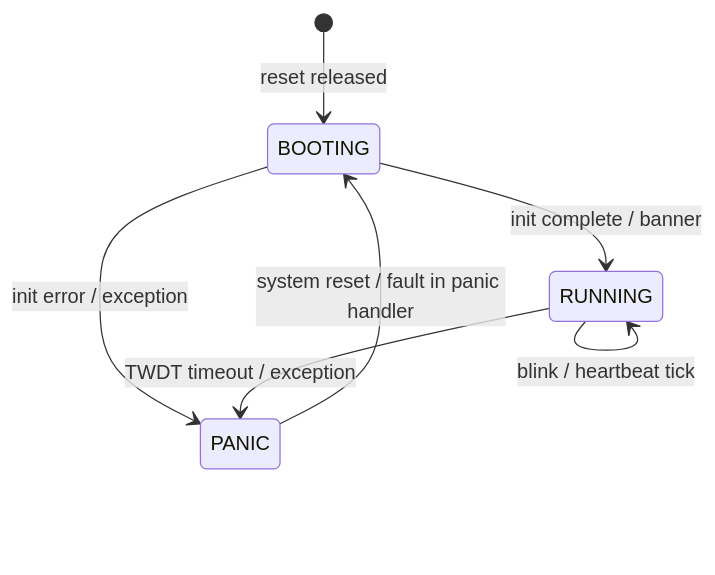
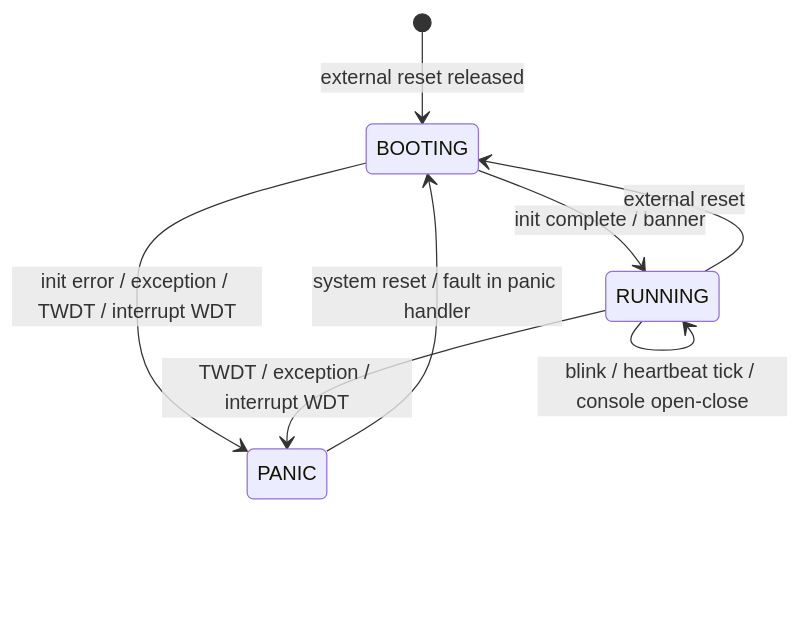
The first of 2 diagrams in docs/Functionality/FSD.md (1984ozone1984/helloworld-esp-projekt), drawn with Mermaid before and after one commit. The commit also changed other lines of this file, not shown here.

````diff
--- a/docs/Functionality/FSD.md
+++ b/docs/Functionality/FSD.md
@@ -129,9 +135,10 @@
 ```mermaid
 stateDiagram-v2
-  [*] --> BOOTING: reset released
+  [*] --> BOOTING: external reset released
   BOOTING --> RUNNING: init complete / banner
-  BOOTING --> PANIC: init error / exception
-  RUNNING --> RUNNING: blink / heartbeat tick
-  RUNNING --> PANIC: TWDT timeout / exception
+  BOOTING --> PANIC: init error / exception / TWDT / interrupt WDT
+  RUNNING --> RUNNING: blink / heartbeat tick / console open-close
+  RUNNING --> PANIC: TWDT / exception / interrupt WDT
+  RUNNING --> BOOTING: external reset
   PANIC --> BOOTING: system reset / fault in panic handler
 ```
````
